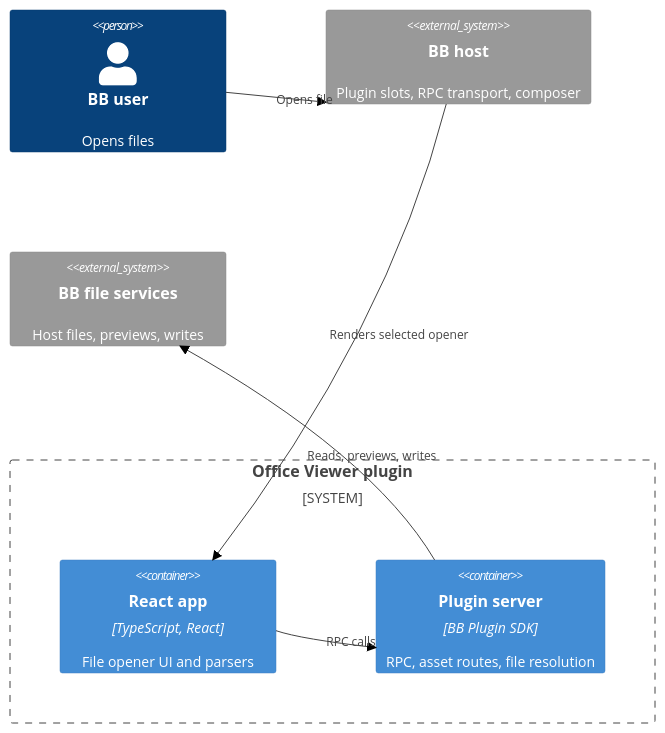
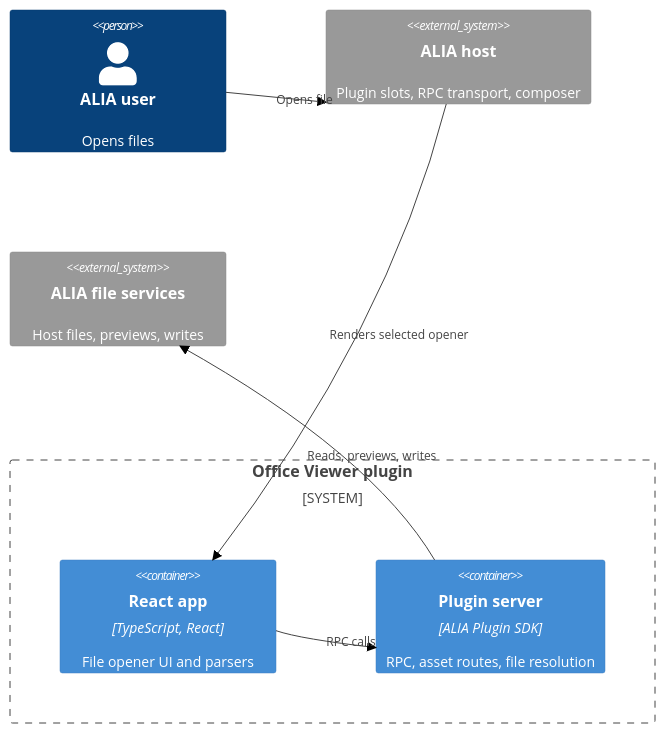
The second of 4 diagrams in plugins/office-viewer/docs/architecture.md (Vesnalia/vesnalia-plugins), drawn with Mermaid (forest theme) before and after one commit. The commit also changed other lines of this file and 13306 other files, not shown here.

````diff
--- a/plugins/office-viewer/docs/architecture.md
+++ b/plugins/office-viewer/docs/architecture.md
@@ -48,14 +48,14 @@
 ```mermaid
 C4Container
-  Person(user, "BB user", "Opens files")
+  Person(user, "ALIA user", "Opens files")
   System_Boundary(plugin, "Office Viewer plugin") {
     Container(app, "React app", "TypeScript, React", "File opener UI and parsers")
-    Container(server, "Plugin server", "BB Plugin SDK", "RPC, asset routes, file resolution")
+    Container(server, "Plugin server", "ALIA Plugin SDK", "RPC, asset routes, file resolution")
   }
-  System_Ext(bb, "BB host", "Plugin slots, RPC transport, composer")
-  System_Ext(files, "BB file services", "Host files, previews, writes")
-  Rel(user, bb, "Opens file")
-  Rel(bb, app, "Renders selected opener")
+  System_Ext(alia, "ALIA host", "Plugin slots, RPC transport, composer")
+  System_Ext(files, "ALIA file services", "Host files, previews, writes")
+  Rel(user, alia, "Opens file")
+  Rel(alia, app, "Renders selected opener")
   Rel(app, server, "RPC calls")
   Rel(server, files, "Reads, previews, writes")
 ```
````
